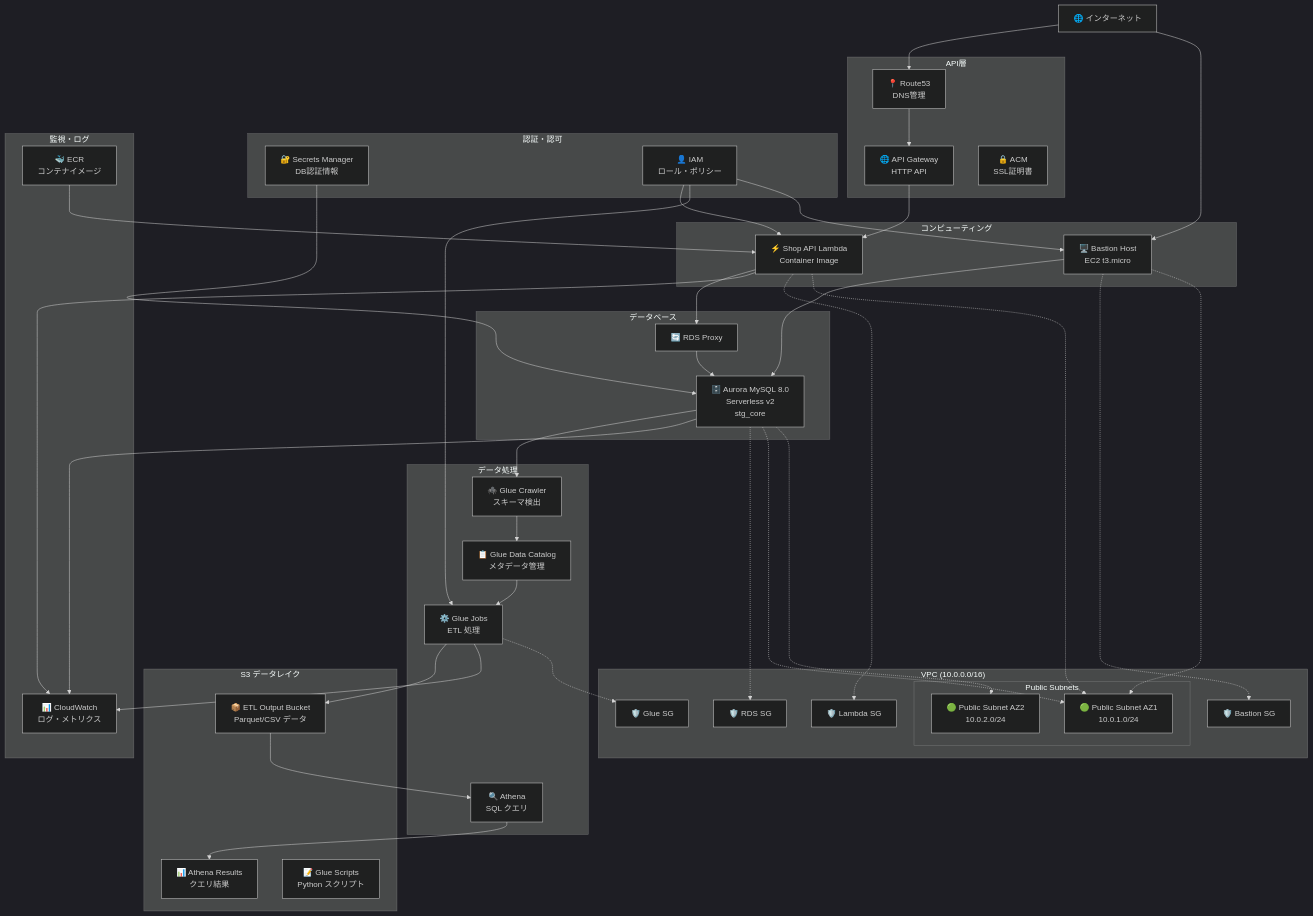
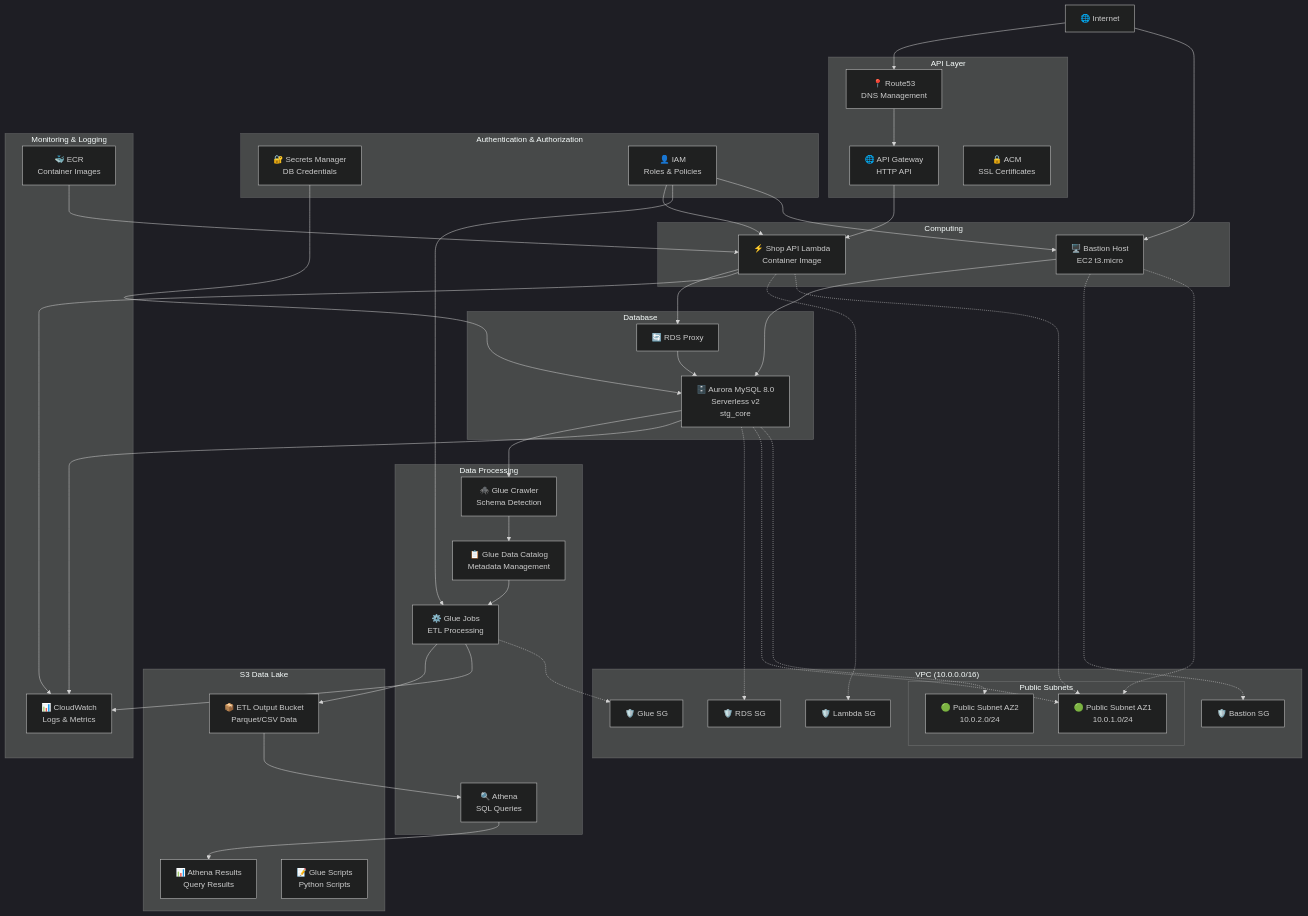
One commit to tamaco489/data_pipeline_sample changed the first of 4 diagrams in docs/src/infrastructure_architecture_diagram.md. Above: the diagram before and after it, drawn with Mermaid (dark theme). The commit also changed other lines of this file and 10 other files, not shown here.

First line of the commit message:
feature/analytics platform glue jobs (#27)

````diff
--- a/docs/src/infrastructure_architecture_diagram.md
+++ b/docs/src/infrastructure_architecture_diagram.md
@@ -5,69 +5,69 @@
 ```mermaid
 graph TB
-    %% 外部インターネット
-    Internet[🌐 インターネット]
+    %% External Internet
+    Internet[🌐 Internet]
     
-    %% ネットワーク層
+    %% Network Layer
     subgraph "VPC (10.0.0.0/16)"
         subgraph "Public Subnets"
             AZ1_PUB[🟢 Public Subnet AZ1<br/>10.0.1.0/24]
             AZ2_PUB[🟢 Public Subnet AZ2<br/>10.0.2.0/24]
         end
         
-        %% セキュリティグループ
+        %% Security Groups
         SG_Bastion[🛡️ Bastion SG]
         SG_RDS[🛡️ RDS SG]
         SG_Lambda[🛡️ Lambda SG]
         SG_Glue[🛡️ Glue SG]
     end
     
-    %% コンピューティング層
-    subgraph "コンピューティング"
+    %% Computing Layer
+    subgraph "Computing"
         Bastion[🖥️ Bastion Host<br/>EC2 t3.micro]
         Lambda[⚡ Shop API Lambda<br/>Container Image]
     end
     
-    %% データベース層
-    subgraph "データベース"
+    %% Database Layer
+    subgraph "Database"
         RDS[🗄️ Aurora MySQL 8.0<br/>Serverless v2<br/>stg_core]
         RDS_Proxy[🔄 RDS Proxy]
     end
     
-    %% データレイク層
-    subgraph "S3 データレイク"
-        S3_ETL[📦 ETL Output Bucket<br/>Parquet/CSV データ]
-        S3_Athena[📊 Athena Results<br/>クエリ結果]
-        S3_Scripts[📝 Glue Scripts<br/>Python スクリプト]
+    %% Data Lake Layer
+    subgraph "S3 Data Lake"
+        S3_ETL[📦 ETL Output Bucket<br/>Parquet/CSV Data]
+        S3_Athena[📊 Athena Results<br/>Query Results]
+        S3_Scripts[📝 Glue Scripts<br/>Python Scripts]
     end
     
-    %% データ処理層
-    subgraph "データ処理"
-        Glue_Crawler[🕷️ Glue Crawler<br/>スキーマ検出]
-        Glue_Catalog[📋 Glue Data Catalog<br/>メタデータ管理]
-        Glue_Jobs[⚙️ Glue Jobs<br/>ETL 処理]
-        Athena[🔍 Athena<br/>SQL クエリ]
+    %% Data Processing Layer
+    subgraph "Data Processing"
+        Glue_Crawler[🕷️ Glue Crawler<br/>Schema Detection]
+        Glue_Catalog[📋 Glue Data Catalog<br/>Metadata Management]
+        Glue_Jobs[⚙️ Glue Jobs<br/>ETL Processing]
+        Athena[🔍 Athena<br/>SQL Queries]
     end
     
-    %% API層
-    subgraph "API層"
+    %% API Layer
+    subgraph "API Layer"
         API_GW[🌐 API Gateway<br/>HTTP API]
-        Route53[📍 Route53<br/>DNS管理]
-        ACM[🔒 ACM<br/>SSL証明書]
+        Route53[📍 Route53<br/>DNS Management]
+        ACM[🔒 ACM<br/>SSL Certificates]
     end
     
-    %% 認証・認可層
-    subgraph "認証・認可"
-        Secrets[🔐 Secrets Manager<br/>DB認証情報]
-        IAM[👤 IAM<br/>ロール・ポリシー]
+    %% Authentication & Authorization Layer
+    subgraph "Authentication & Authorization"
+        Secrets[🔐 Secrets Manager<br/>DB Credentials]
+        IAM[👤 IAM<br/>Roles & Policies]
     end
     
-    %% 監視・ログ
-    subgraph "監視・ログ"
-        CloudWatch[📊 CloudWatch<br/>ログ・メトリクス]
-        ECR[🐳 ECR<br/>コンテナイメージ]
+    %% Monitoring & Logging
+    subgraph "Monitoring & Logging"
+        CloudWatch[📊 CloudWatch<br/>Logs & Metrics]
+        ECR[🐳 ECR<br/>Container Images]
     end
     
-    %% 接続関係
+    %% Connection Relationships
     Internet --> Route53
     Route53 --> API_GW
     API_GW --> Lambda
@@ -77,7 +77,7 @@
     Internet --> Bastion
     Bastion --> RDS
     
-    %% データフロー
+    %% Data Flow
     RDS --> Glue_Crawler
     Glue_Crawler --> Glue_Catalog
     Glue_Catalog --> Glue_Jobs
@@ -85,27 +85,27 @@
     S3_ETL --> Athena
     Athena --> S3_Athena
     
-    %% 認証・認可フロー
+    %% Authentication & Authorization Flow
     Secrets --> RDS
     IAM --> Lambda
     IAM --> Glue_Jobs
     IAM --> Bastion
     
-    %% 監視フロー
+    %% Monitoring Flow
     Lambda --> CloudWatch
     Glue_Jobs --> CloudWatch
     RDS --> CloudWatch
     
-    %% コンテナ管理
+    %% Container Management
     ECR --> Lambda
     
-    %% セキュリティグループ
+    %% Security Groups
     Bastion -.-> SG_Bastion
     Lambda -.-> SG_Lambda
     RDS -.-> SG_RDS
     Glue_Jobs -.-> SG_Glue
     
-    %% サブネット配置
+    %% Subnet Placement
     Bastion -.-> AZ1_PUB
     Lambda -.-> AZ1_PUB
     RDS -.-> AZ1_PUB
````
